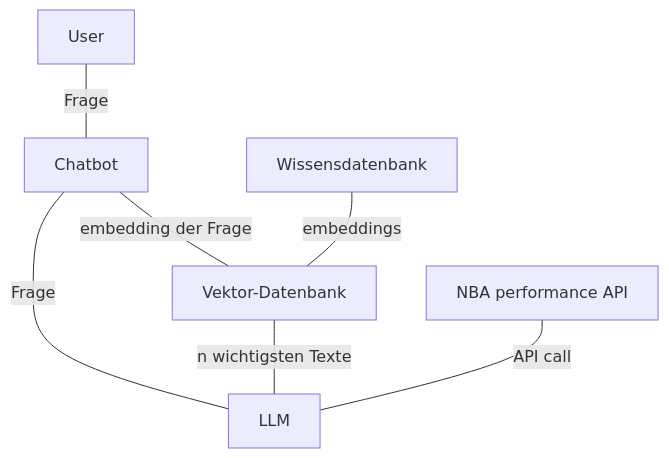
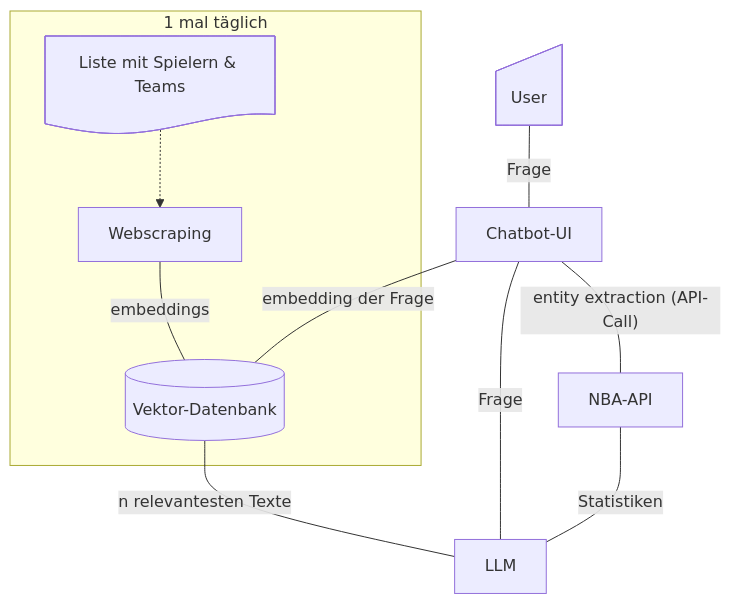
The first of 3 diagrams in README.md (MrMond/NLP), drawn with Mermaid before and after one commit. The commit also changed other lines of this file and 1 other file, not shown here.

````diff
--- a/README.md
+++ b/README.md
@@ -107,9 +87,21 @@
 ```mermaid
 flowchart TD
-User -- Frage --- Chatbot
-Chatbot -- Frage --- LLM
-Chatbot -- embedding der Frage --- VD@{label: "Vektor-Datenbank"}
-WD@{label: "Wissensdatenbank"} -- embeddings --- VD
-VD -- n wichtigsten Texte --- LLM
-Z@{label: "NBA performance API"} -- API call --- LLM
+A@{shape: manual-input, label: "User"}
+B@{label: "Chatbot-UI"}
+C@{label: "Webscraping"}
+D@{shape: cyl, label: "Vektor-Datenbank"}
+E@{label: "NBA-API"}
+F@{label: "LLM"}
+G@{label: "Liste mit Spielern & Teams", shape: doc}
+
+A -- Frage --- B
+B -- embedding der Frage --- D
+B -- Frage --- F
+subgraph 1 mal täglich
+    G -.-> C
+    C -- embeddings --- D
+end
+D -- n relevantesten Texte --- F
+B -- entity extraction (API-Call) --- E
+E -- Statistiken --- F
 ```
````
